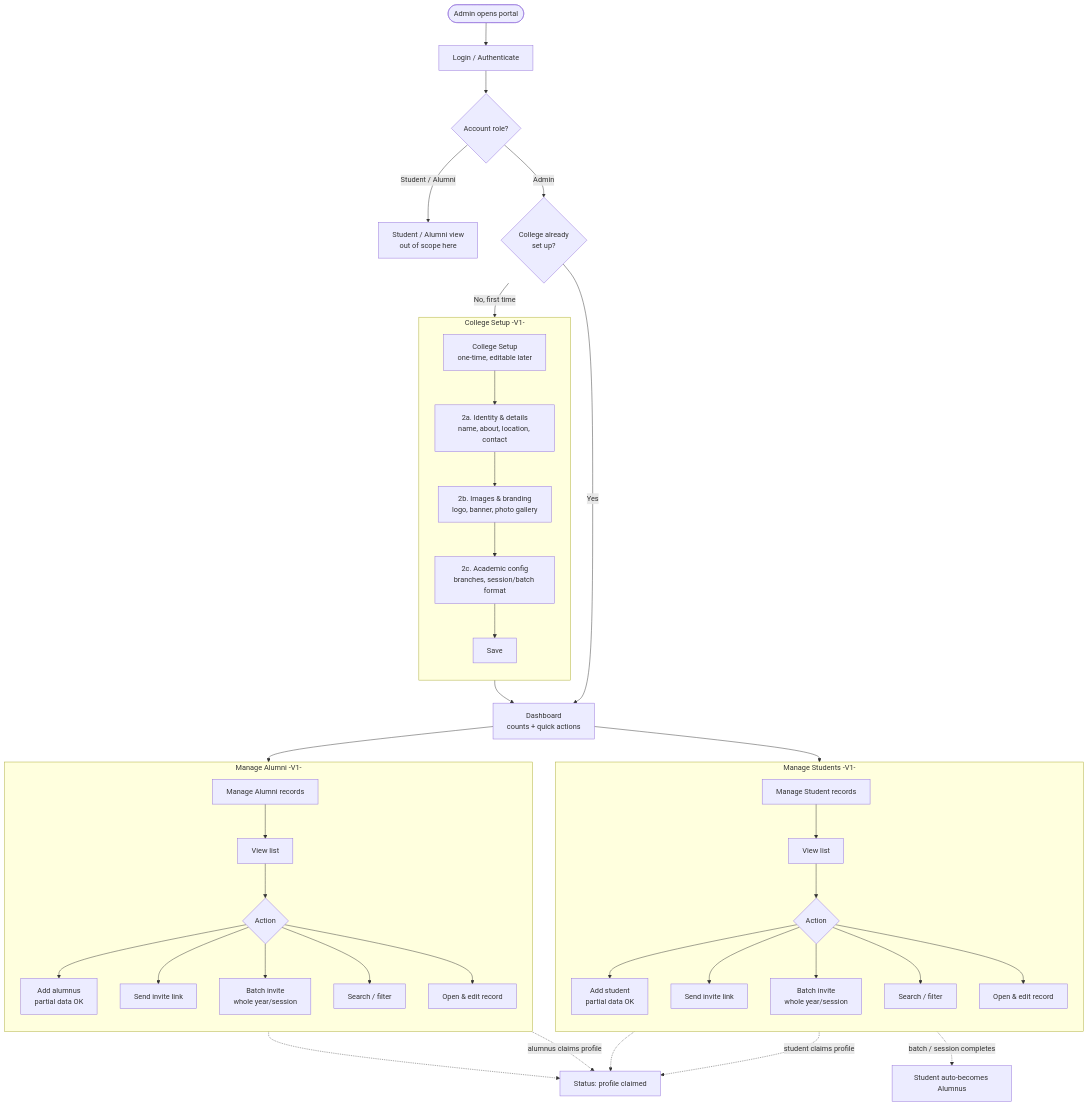
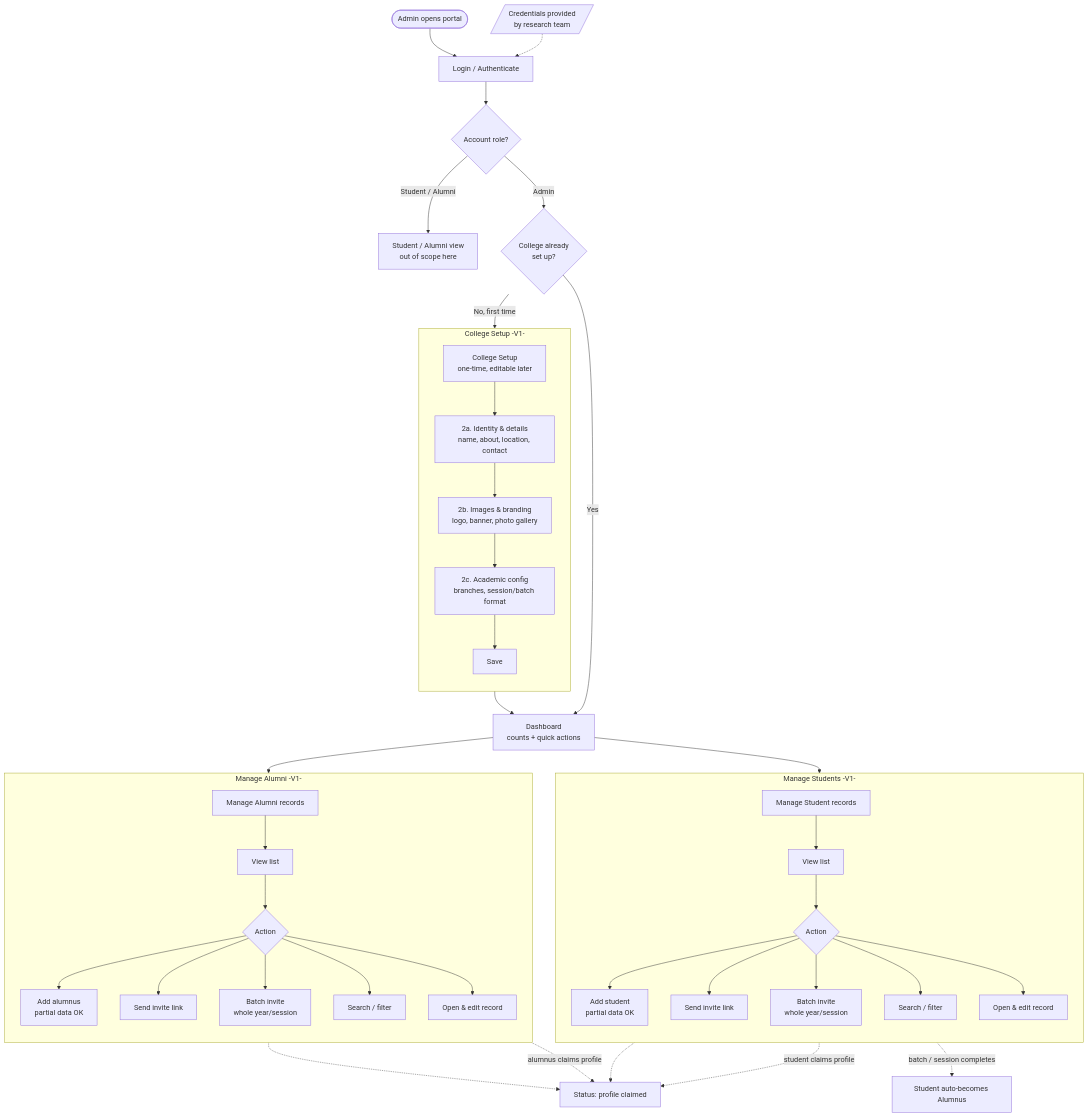
Before and after one commit to ColoredCow/alumni-connect: the diagram in docs/admin-portal-flow.md, drawn with Mermaid. The commit also changed other lines of this file, not shown here.

First line of the commit message:
Note admin credentials are provided by the research team

````diff
--- a/docs/admin-portal-flow.md
+++ b/docs/admin-portal-flow.md
@@ -30,51 +30,52 @@
 ```mermaid
 flowchart TD
+    Creds[/Credentials provided<br/>by research team/] -.-> Login
     Start([Admin opens portal]) --> Login[Login / Authenticate]
     Login --> RoleCheck{Account role?}
     RoleCheck -->|Student / Alumni| UserView[Student / Alumni view<br/>out of scope here]
     RoleCheck -->|Admin| FirstTime{College already<br/>set up?}
 
     FirstTime -->|No, first time| Setup[College Setup<br/>one-time, editable later]
     FirstTime -->|Yes| Dashboard
 
     subgraph SETUP [College Setup -V1-]
         direction TB
         Setup --> Identity[2a. Identity & details<br/>name, about, location, contact]
         Identity --> Images[2b. Images & branding<br/>logo, banner, photo gallery]
         Images --> Academic[2c. Academic config<br/>branches, session/batch format]
         Academic --> SaveSetup[Save]
     end
 
     SaveSetup --> Dashboard[Dashboard<br/>counts + quick actions]
 
     Dashboard --> ManageAlumni[Manage Alumni records]
     Dashboard --> ManageStudents[Manage Student records]
 
     subgraph ALUMNI [Manage Alumni -V1-]
         direction TB
         ManageAlumni --> AList[View list]
         AList --> AActions{Action}
         AActions --> AAdd[Add alumnus<br/>partial data OK]
         AActions --> AInvite[Send invite link]
         AActions --> ABatch[Batch invite<br/>whole year/session]
         AActions --> ASearch[Search / filter]
         AActions --> AEdit[Open & edit record]
     end
 
     subgraph STUDENTS [Manage Students -V1-]
         direction TB
         ManageStudents --> SList[View list]
         SList --> SActions{Action}
         SActions --> SAdd[Add student<br/>partial data OK]
         SActions --> SInvite[Send invite link]
         SActions --> SBatch[Batch invite<br/>whole year/session]
         SActions --> SSearch[Search / filter]
         SActions --> SEdit[Open & edit record]
     end
 
     AInvite -.->|alumnus claims profile| Claimed[Status: profile claimed]
     SInvite -.->|student claims profile| Claimed
     ABatch -.-> Claimed
     SBatch -.-> Claimed
     SList -.->|batch / session completes| Transition[Student auto-becomes Alumnus]
 ```
````
